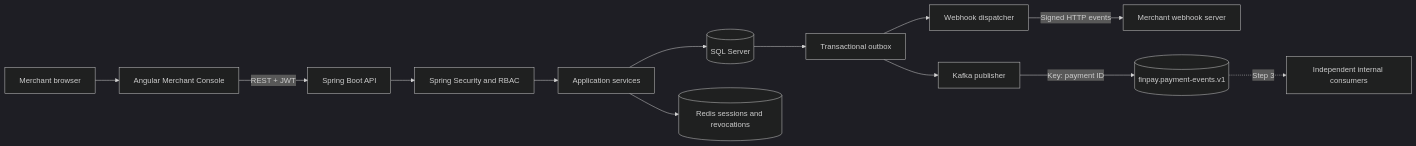
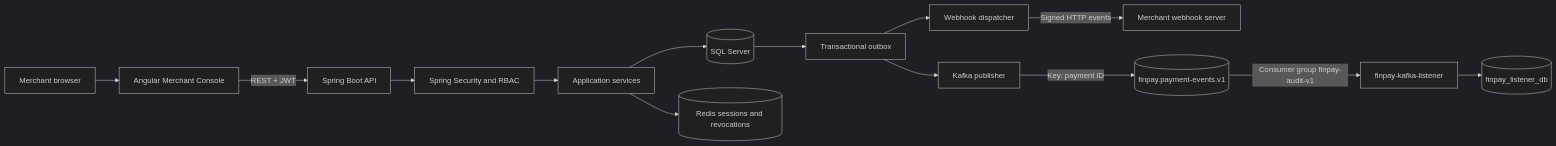
The first of 2 diagrams in README.md (orlandosyv/finpay), drawn with Mermaid (dark theme) before and after one commit. The commit also changed other lines of this file and 28 other files, not shown here.

First line of the commit message:
OY Implement Kafka listener and infrastructure-lab updates

````diff
--- a/README.md
+++ b/README.md
@@ -82,15 +84,16 @@
 ```mermaid
 flowchart LR
     Browser[Merchant browser] --> Angular[Angular Merchant Console]
     Angular -->|REST + JWT| API[Spring Boot API]
     API --> Security[Spring Security and RBAC]
     Security --> Services[Application services]
     Services --> SQL[(SQL Server)]
     Services --> Redis[(Redis sessions and revocations)]
     SQL --> Outbox[Transactional outbox]
     Outbox --> Dispatcher[Webhook dispatcher]
     Dispatcher -->|Signed HTTP events| Merchant[Merchant webhook server]
     Outbox --> Publisher[Kafka publisher]
     Publisher -->|Key: payment ID| Kafka[(finpay.payment-events.v1)]
-    Kafka -. Step 3 .-> Consumers[Independent internal consumers]
+    Kafka -->|Consumer group finpay-audit-v1| Listener[finpay-kafka-listener]
+    Listener --> AuditDB[(finpay_listener_db)]
 ```
````
